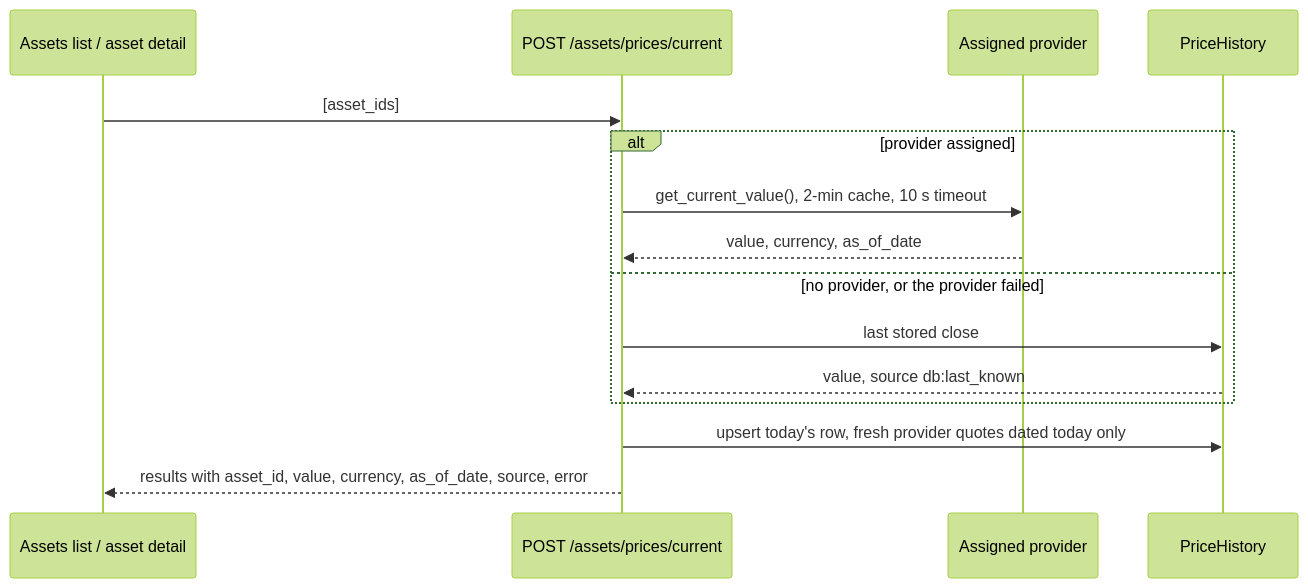
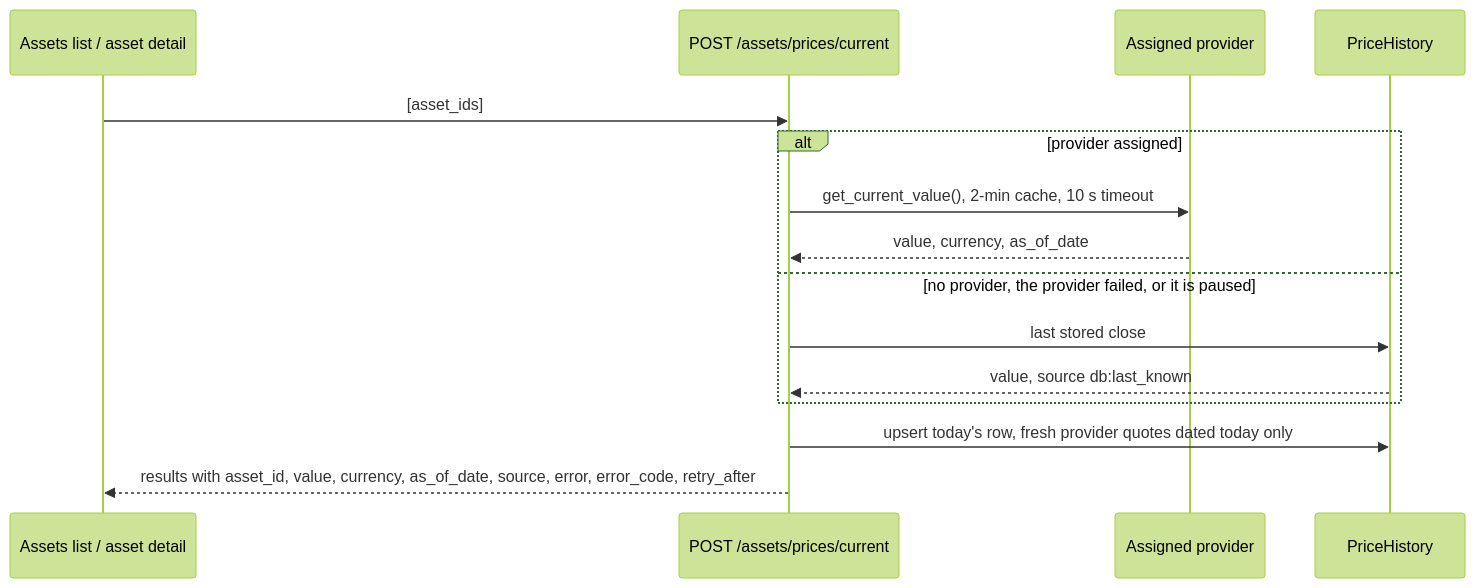
The second of 2 diagrams in mkdocs_src/docs/developer/frontend/components/features/live-ticker.md (Librefolio/LibreFolio), drawn with Mermaid (forest theme) before and after one commit. The commit also changed other lines of this file and 10 other files, not shown here.

````diff
--- a/mkdocs_src/docs/developer/frontend/components/features/live-ticker.md
+++ b/mkdocs_src/docs/developer/frontend/components/features/live-ticker.md
@@ -275,18 +354,18 @@
 ```mermaid
 sequenceDiagram
     participant Page as Assets list / asset detail
     participant API as POST /assets/prices/current
     participant Prov as Assigned provider
     participant DB as PriceHistory
 
     Page->>API: [asset_ids]
     alt provider assigned
         API->>Prov: get_current_value(), 2-min cache, 10 s timeout
         Prov-->>API: value, currency, as_of_date
-    else no provider, or the provider failed
+    else no provider, the provider failed, or it is paused
         API->>DB: last stored close
         DB-->>API: value, source db:last_known
     end
     API->>DB: upsert today's row, fresh provider quotes dated today only
-    API-->>Page: results with asset_id, value, currency, as_of_date, source, error
+    API-->>Page: results with asset_id, value, currency, as_of_date, source, error, error_code, retry_after
 ```
````
